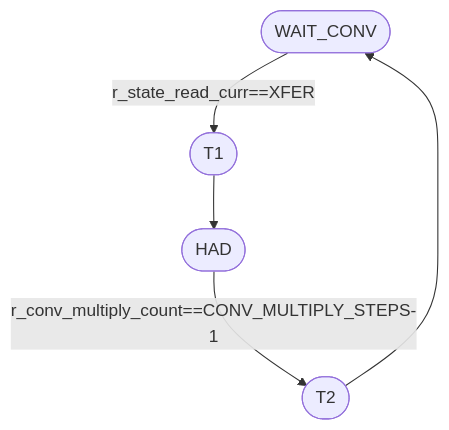
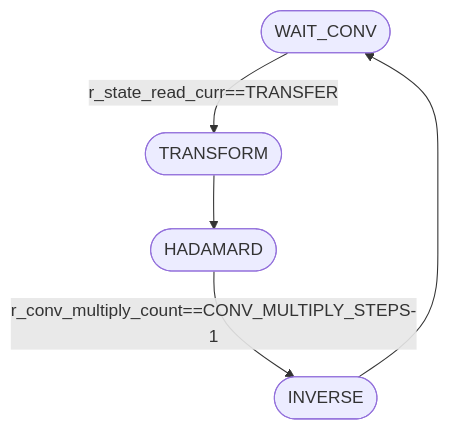
Before and after one commit to tarsioonofrio/FastConv_SystemVerilog: the second of 3 diagrams in rtl/control/README.md, drawn with Mermaid. The commit also changed other lines of this file and 7 other files, not shown here.

````diff
--- a/rtl/control/README.md
+++ b/rtl/control/README.md
@@ -82,7 +82,7 @@
 ```mermaid
 flowchart TB
-    WC(["WAIT_CONV"]) -->|"r_state_read_curr==XFER"| T1(["T1"])
-    T1 --> H(["HAD"])
-    H -->|"r_conv_multiply_count==CONV_MULTIPLY_STEPS-1"| T2(["T2"])
-    T2 --> WC
+    WC(["WAIT_CONV"]) -->|"r_state_read_curr==TRANSFER"| TRANSFORM(["TRANSFORM"])
+    TRANSFORM --> H(["HADAMARD"])
+    H -->|"r_conv_multiply_count==CONV_MULTIPLY_STEPS-1"| INVERSE(["INVERSE"])
+    INVERSE --> WC
 ```
````
